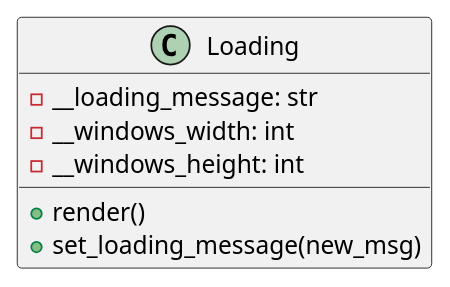
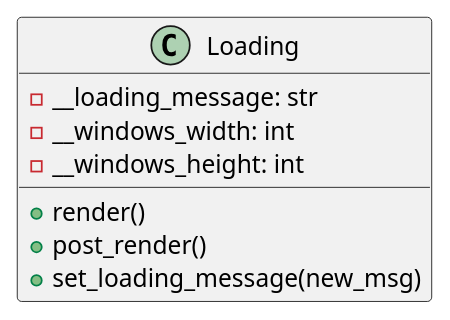
One commit to ferpoble2/Relief_Creator changed the diagram in docs/classes/Loading.puml. Above: the diagram before and after it, drawn with PlantUML. The commit also changed 4 other files, not shown here.

Commit message:
Added post_render method and implemented in the gui

```diff
--- a/docs/classes/Loading.puml
+++ b/docs/classes/Loading.puml
@@ -1,10 +1,11 @@
 @startuml
 class Loading {
     - __loading_message: str
     - __windows_width: int
     - __windows_height: int
     + render()
+    + post_render()
     + set_loading_message(new_msg)
 }
 
 @enduml
```
